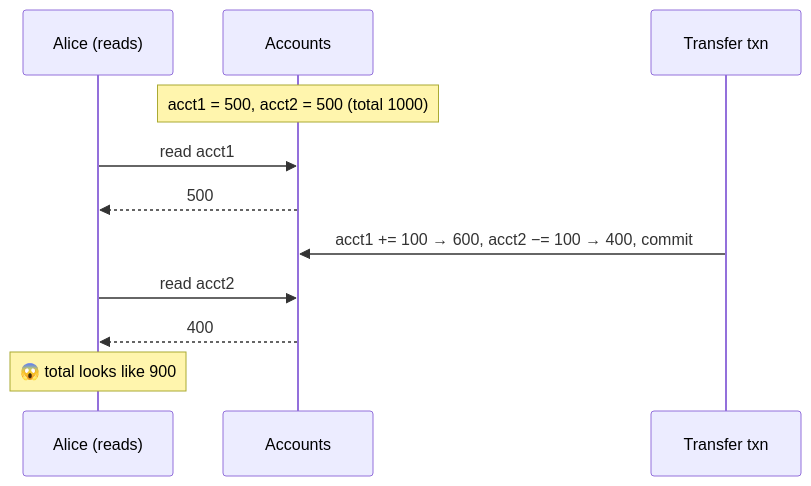
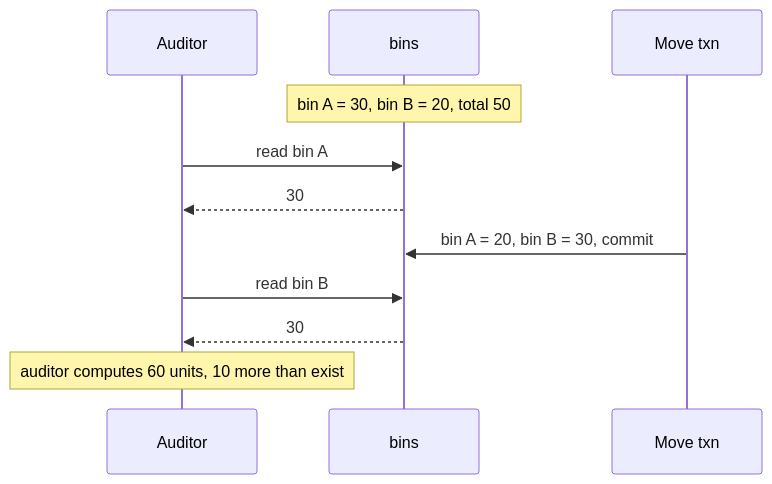
Before and after one commit to pratikguru998/ddia-book: diagram 12 of 32 in docs/chapters/part-2/07-transactions.mdx, drawn with Mermaid. The commit also changed other lines of this file and 13 other files, not shown here.

Commit message:
Expand all 12 chapters: every book subsection, deeper notes, ~320 diagrams

````diff
--- a/docs/chapters/part-2/07-transactions.mdx
+++ b/docs/chapters/part-2/07-transactions.mdx
@@ -83,13 +387,13 @@
 ```mermaid
 sequenceDiagram
-  participant A as Alice (reads)
-  participant DB as Accounts
-  participant T as Transfer txn
-  Note over DB: acct1 = 500, acct2 = 500 (total 1000)
-  A->>DB: read acct1
-  DB-->>A: 500
-  T->>DB: acct1 += 100 → 600, acct2 −= 100 → 400, commit
-  A->>DB: read acct2
-  DB-->>A: 400
-  Note over A: 😱 total looks like 900
+  participant AU as Auditor
+  participant DB as bins
+  participant MV as Move txn
+  Note over DB: bin A = 30, bin B = 20, total 50
+  AU->>DB: read bin A
+  DB-->>AU: 30
+  MV->>DB: bin A = 20, bin B = 30, commit
+  AU->>DB: read bin B
+  DB-->>AU: 30
+  Note over AU: auditor computes 60 units, 10 more than exist
 ```
````
